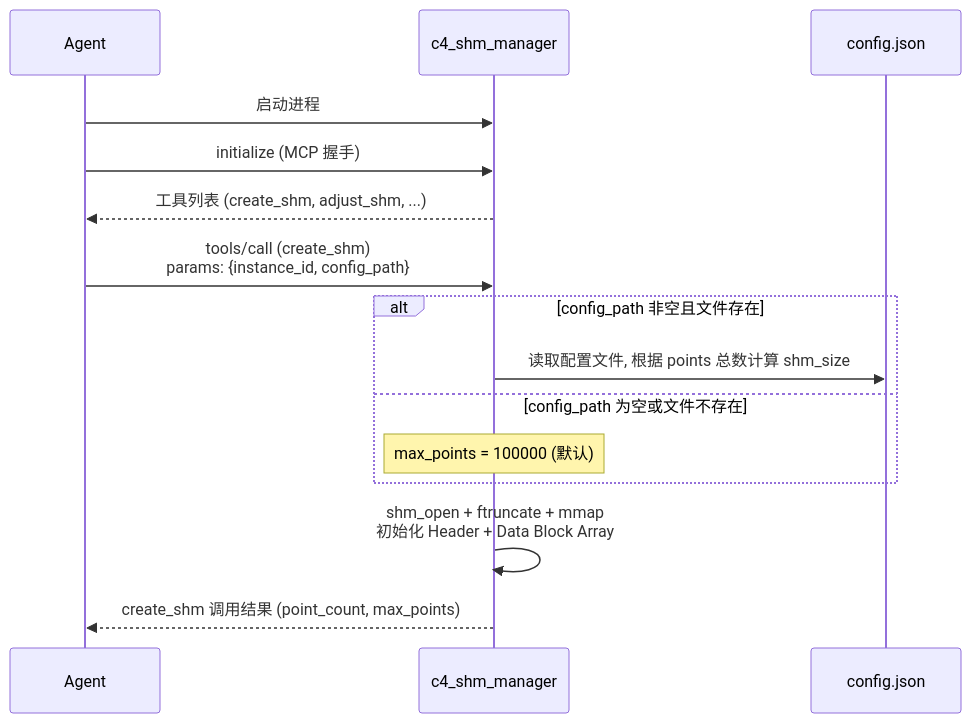
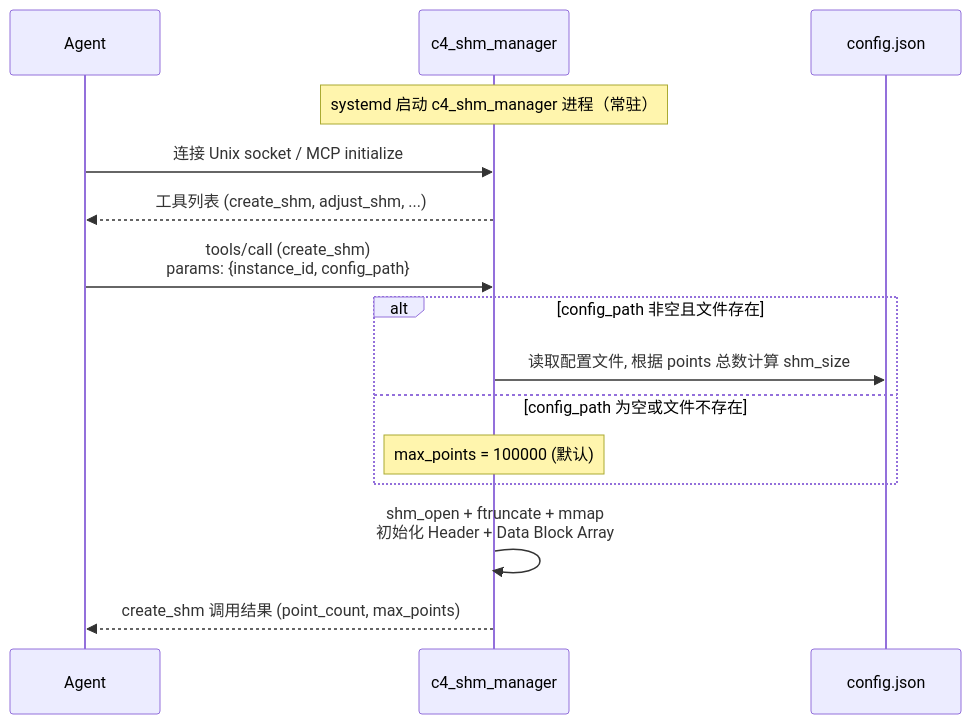
The third of 9 diagrams in docs/design/c4_shm_manager.md (activesys/c4), drawn with Mermaid before and after one commit. The commit also changed other lines of this file and 15 other files, not shown here.

First line of the commit message:
docs(design): Agent/MCP 独立系统服务架构变更——unix socket MCP 通信与事务/恢复协议

````diff
--- a/docs/design/c4_shm_manager.md
+++ b/docs/design/c4_shm_manager.md
@@ -463,20 +472,20 @@
 ```mermaid
 sequenceDiagram
     participant A as Agent
     participant S as c4_shm_manager
     participant FS as config.json
 
-    A->>S: 启动进程
-    A->>S: initialize (MCP 握手)
+    Note over S: systemd 启动 c4_shm_manager 进程（常驻）
+    A->>S: 连接 Unix socket / MCP initialize
     S-->>A: 工具列表 (create_shm, adjust_shm, ...)
 
     A->>S: tools/call (create_shm)<br/>params: {instance_id, config_path}
 
     alt config_path 非空且文件存在
         S->>FS: 读取配置文件, 根据 points 总数计算 shm_size
     else config_path 为空或文件不存在
         Note over S: max_points = 100000 (默认)
     end
     S->>S: shm_open + ftruncate + mmap<br/>初始化 Header + Data Block Array
     S-->>A: create_shm 调用结果 (point_count, max_points)
 ```
````
